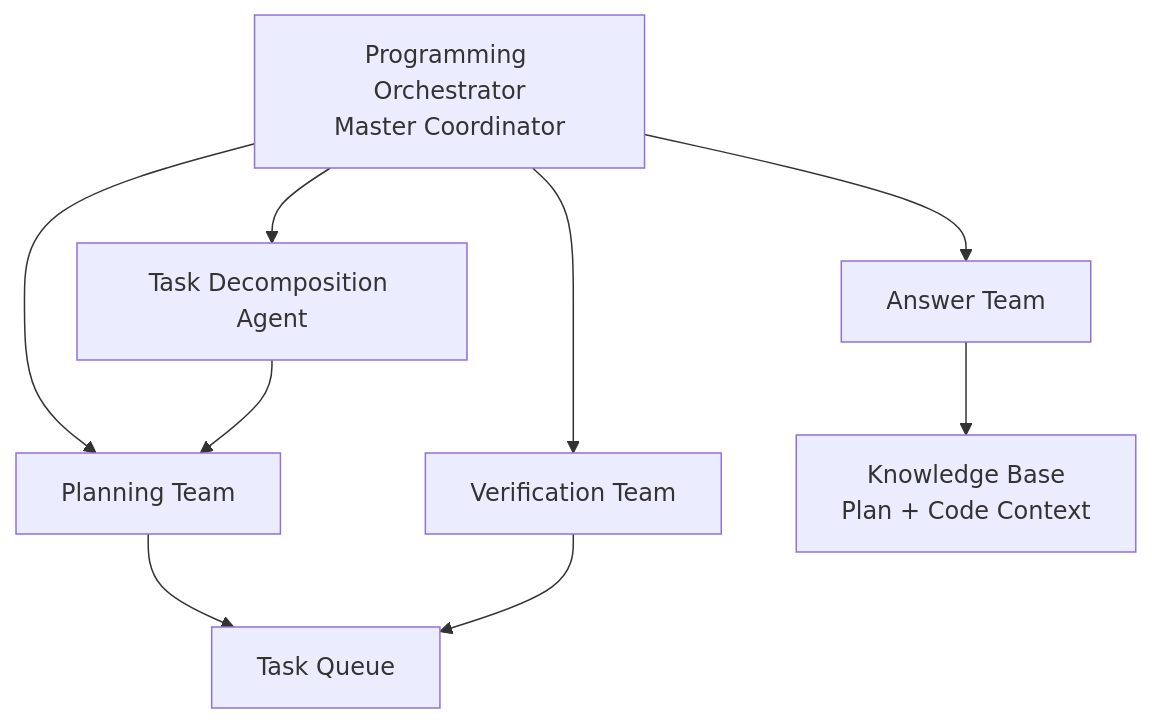
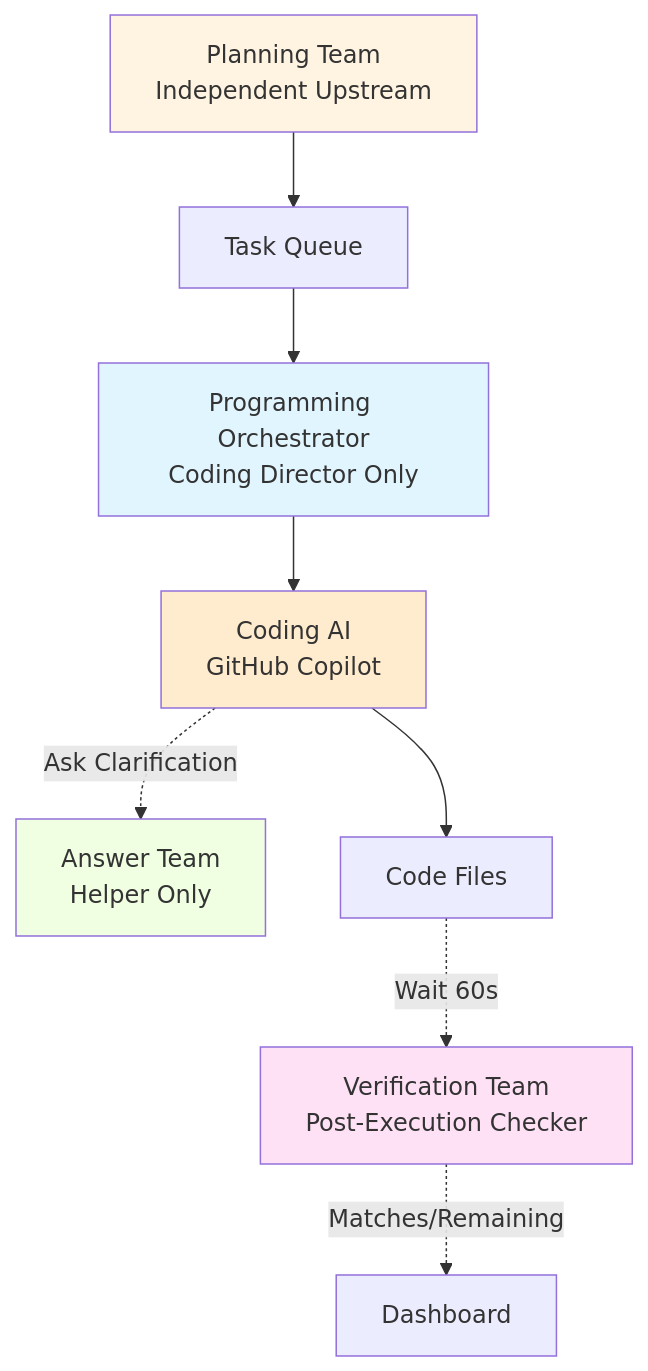
Before and after one commit to xXKillerNoobYT/Copilot-Orchestration-Extension-COE-: the first of 9 diagrams in Docs/Plans/COE-Master-Plan/02-Agent-Role-Definitions.md, drawn with Mermaid. The commit also changed other lines of this file and 22 other files, not shown here.

First line of the commit message:
feat: Add comprehensive documentation for Agent Team updates and LangGraph update flows

````diff
--- a/Docs/Plans/COE-Master-Plan/02-Agent-Role-Definitions.md
+++ b/Docs/Plans/COE-Master-Plan/02-Agent-Role-Definitions.md
@@ -16,13 +23,17 @@
 ```mermaid
 graph TD
-    PO[Programming Orchestrator<br/>Master Coordinator]
-    PO --> PT[Planning Team]
-    PO --> AT[Answer Team]
-    PO --> TD[Task Decomposition Agent]
-    PO --> VT[Verification Team]
+    PO[Programming Orchestrator<br/>Coding Director Only]
+    PO --> CA[Coding AI<br/>GitHub Copilot]
+    CA -.Ask Clarification.-> AT[Answer Team<br/>Helper Only]
+    PT[Planning Team<br/>Independent Upstream] --> TQ[Task Queue]
+    TQ --> PO
+    CA --> Files[Code Files]
+    Files -.Wait 60s.-> VT[Verification Team<br/>Post-Execution Checker]
+    VT -.Matches/Remaining.-> Dashboard
     
-    PT --> TQ[Task Queue]
-    TD --> PT
-    VT --> TQ
-    AT --> KB[Knowledge Base<br/>Plan + Code Context]
+    style PO fill:#e1f5ff
+    style PT fill:#fff4e1
+    style AT fill:#f0ffe1
+    style VT fill:#ffe1f5
+    style CA fill:#ffebcd
 ```
````
